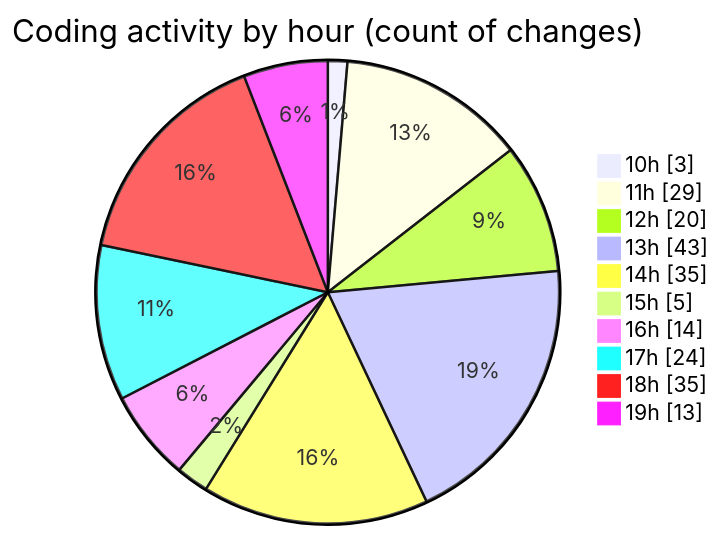
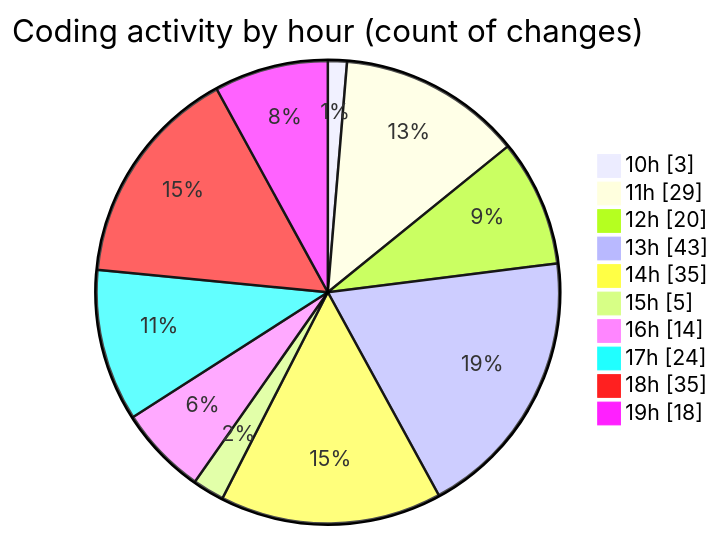
Before and after one commit to EIIisD/code-tracking: the second of 2 diagrams in 2025-08-14/ribbon/README.md, drawn with Mermaid. The commit also changed other lines of this file and 1 other file, not shown here.

````diff
--- a/2025-08-14/ribbon/README.md
+++ b/2025-08-14/ribbon/README.md
@@ -45,14 +45,14 @@
 ```mermaid
 pie showData
 title Coding activity by hour (count of changes)
 "10h" : 3
 "11h" : 29
 "12h" : 20
 "13h" : 43
 "14h" : 35
 "15h" : 5
 "16h" : 14
 "17h" : 24
 "18h" : 35
-"19h" : 13
+"19h" : 18
 ```
````
